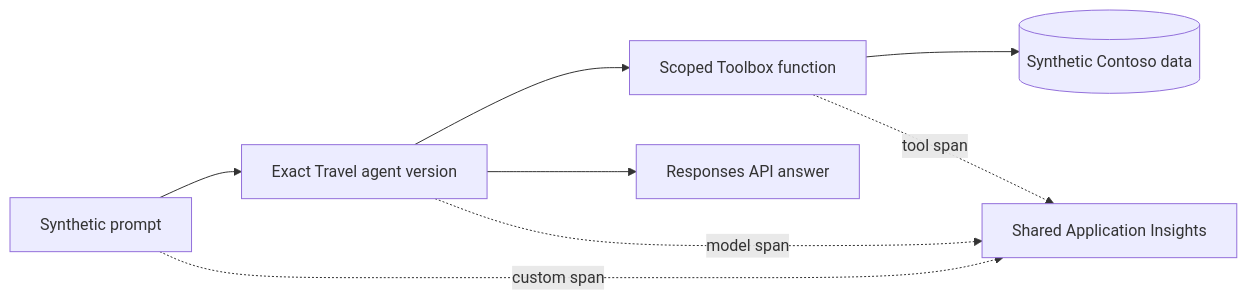
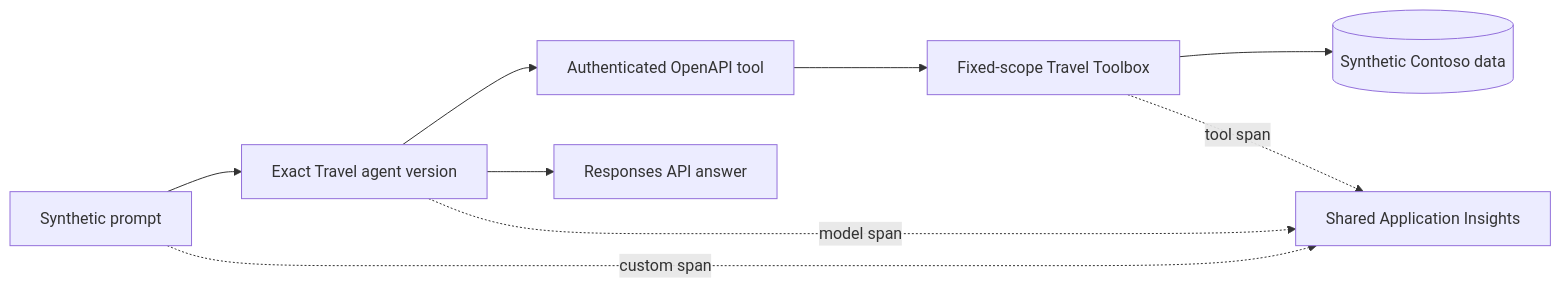
Before and after one commit to ericchansen/microsoft-foundry: the diagram in docs/agents/travel.md, drawn with Mermaid. The commit also changed other lines of this file and 22 other files, not shown here.

````diff
--- a/docs/agents/travel.md
+++ b/docs/agents/travel.md
@@ -21,10 +24,11 @@
 ```mermaid
 flowchart LR
     P[Synthetic prompt] --> A[Exact Travel agent version]
-    A --> T[Scoped Toolbox function]
+    A --> O[Authenticated OpenAPI tool]
+    O --> T[Fixed-scope Travel Toolbox]
     T --> D[(Synthetic Contoso data)]
     A --> R[Responses API answer]
     A -. model span .-> I[Shared Application Insights]
     T -. tool span .-> I
     P -. custom span .-> I
 ```
````
